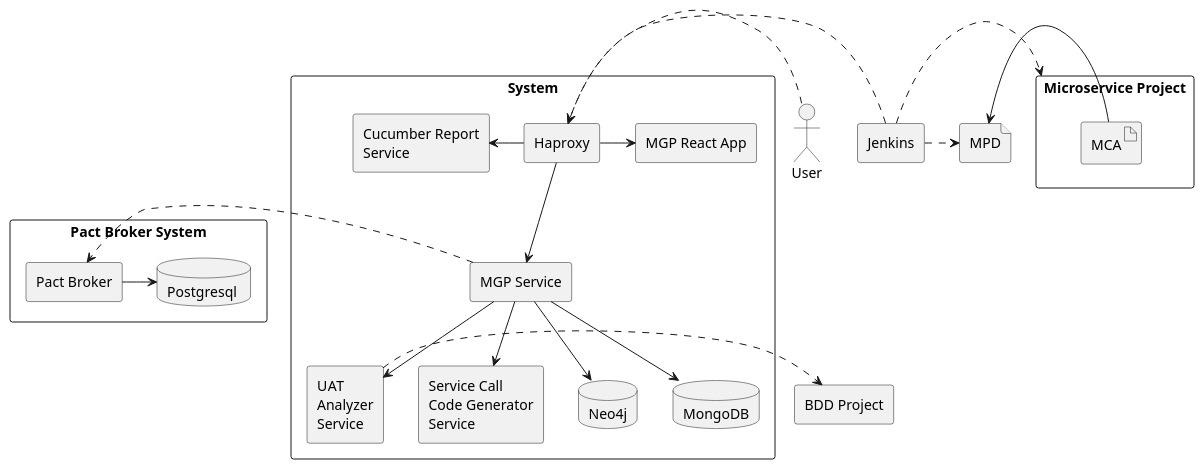
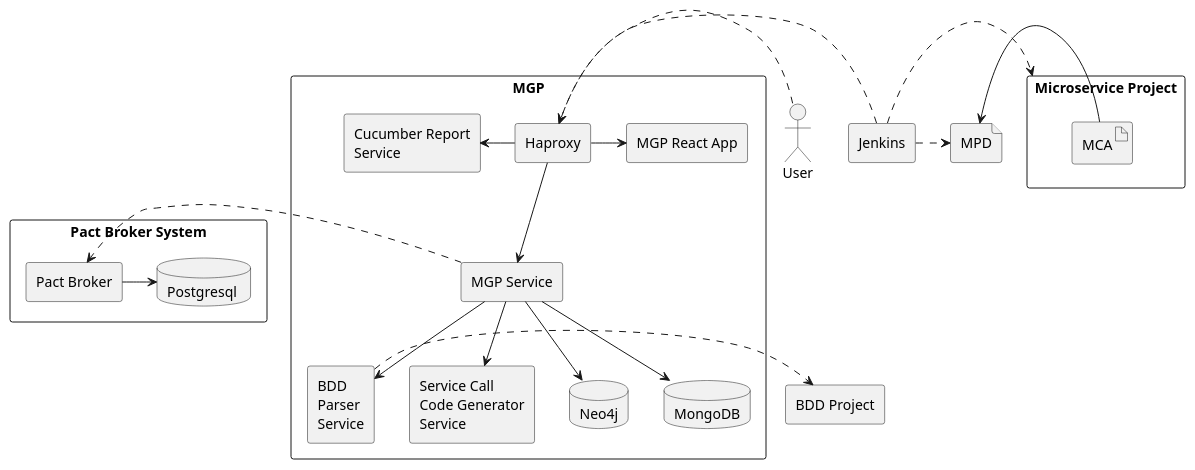
Before and after one commit to b4456609/mgp-back: the diagram in diagram/deployment.puml, drawn with PlantUML. The commit also changed 4 other files, not shown here.

Commit message:
update diagram

```diff
--- a/diagram/deployment.puml
+++ b/diagram/deployment.puml
@@ -1,40 +1,40 @@
 @startuml
 'scale 1.5
 Actor User as u
 rectangle Jenkins as j
 rectangle "BDD Project" as bdd
 
 rectangle "Pact Broker System" {
     rectangle "Pact Broker" as pb
     database "Postgresql " as pg
     pb -> pg
 }
 rectangle "Microservice Project" as mp {
     artifact MCA as mca
 }
 file MPD as mpd
-rectangle "System"{
+rectangle "MGP"{
     rectangle Haproxy as ha
     rectangle "MGP React App" as ra
     rectangle "Service Call\nCode Generator\nService" as cg
-    rectangle "UAT\nAnalyzer\nService" as bp
+    rectangle "BDD\nParser\nService" as bp
     rectangle "Cucumber Report\nService" as cr
     rectangle "MGP Service" as ab
     database "Neo4j" as n
     database "MongoDB" as m
     ha -> ra
     ha -l-> cr
     ha -d-> ab
     ab -d-> n
     ab -d-> m
     ab -d-> cg
     ab -d-> bp
 }
 bp .> bdd
 u .> ha
 j .> ha
 ab .> pb
 j .> mp
 mca -> mpd
 j .> mpd
 @enduml
```
